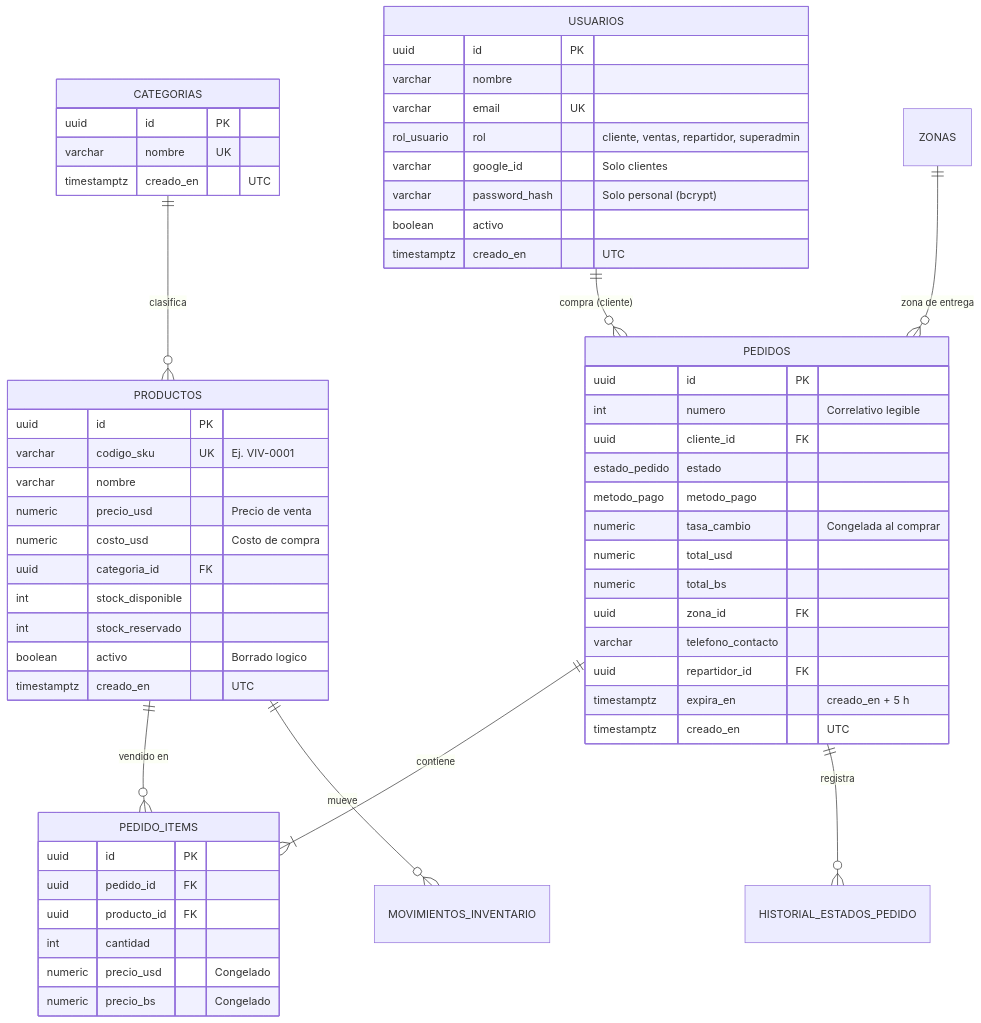
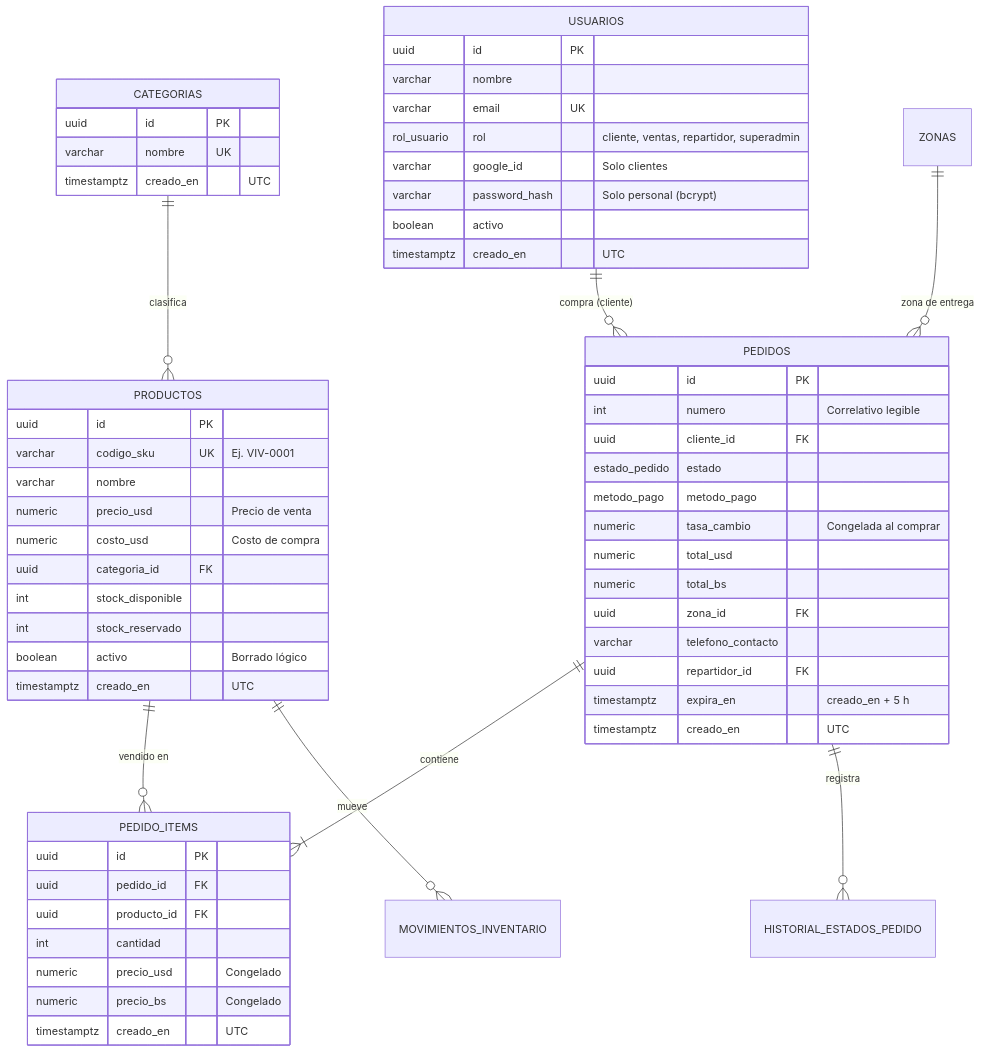
The third of 3 diagrams in README.md (FranciscoSanchez001/Backend_Almacen), drawn with Mermaid before and after one commit. The commit also changed other lines of this file, not shown here.

````diff
--- a/README.md
+++ b/README.md
@@ -99,61 +200,62 @@
 ```mermaid
 erDiagram
     CATEGORIAS ||--o{ PRODUCTOS : "clasifica"
     USUARIOS ||--o{ PEDIDOS : "compra (cliente)"
     ZONAS ||--o{ PEDIDOS : "zona de entrega"
     PEDIDOS ||--|{ PEDIDO_ITEMS : "contiene"
     PRODUCTOS ||--o{ PEDIDO_ITEMS : "vendido en"
     PEDIDOS ||--o{ HISTORIAL_ESTADOS_PEDIDO : "registra"
     PRODUCTOS ||--o{ MOVIMIENTOS_INVENTARIO : "mueve"
 
     CATEGORIAS {
         uuid id PK
         varchar nombre UK
         timestamptz creado_en "UTC"
     }
     PRODUCTOS {
         uuid id PK
         varchar codigo_sku UK "Ej. VIV-0001"
         varchar nombre
         numeric precio_usd "Precio de venta"
         numeric costo_usd "Costo de compra"
         uuid categoria_id FK
         int stock_disponible
         int stock_reservado
-        boolean activo "Borrado logico"
+        boolean activo "Borrado lógico"
         timestamptz creado_en "UTC"
     }
     USUARIOS {
         uuid id PK
         varchar nombre
         varchar email UK
         rol_usuario rol "cliente, ventas, repartidor, superadmin"
         varchar google_id "Solo clientes"
         varchar password_hash "Solo personal (bcrypt)"
         boolean activo
         timestamptz creado_en "UTC"
     }
     PEDIDOS {
         uuid id PK
         int numero "Correlativo legible"
         uuid cliente_id FK
         estado_pedido estado
         metodo_pago metodo_pago
         numeric tasa_cambio "Congelada al comprar"
         numeric total_usd
         numeric total_bs
         uuid zona_id FK
         varchar telefono_contacto
         uuid repartidor_id FK
         timestamptz expira_en "creado_en + 5 h"
         timestamptz creado_en "UTC"
     }
     PEDIDO_ITEMS {
         uuid id PK
         uuid pedido_id FK
         uuid producto_id FK
         int cantidad
         numeric precio_usd "Congelado"
         numeric precio_bs "Congelado"
+        timestamptz creado_en "UTC"
     }
 ```
````
